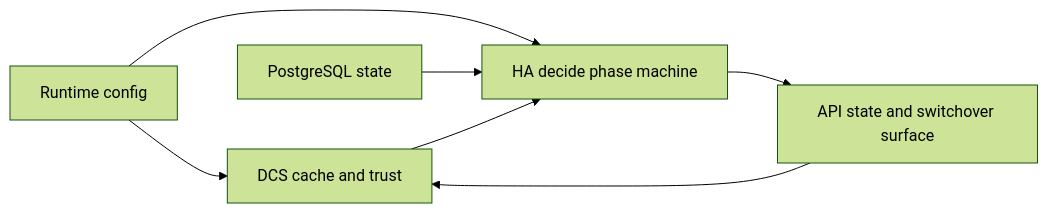
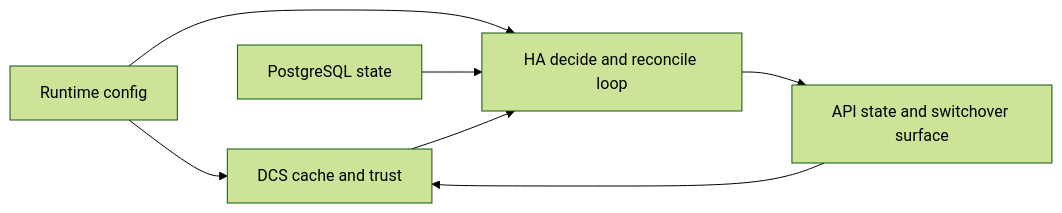
One commit to djosh34/pgtuskmaster_rust changed the first of 3 diagrams in docs/src/explanation/architecture.md. Above: the diagram before and after it, drawn with Mermaid (forest theme). The commit also changed other lines of this file and 75 other files, not shown here.

````diff
--- a/docs/src/explanation/architecture.md
+++ b/docs/src/explanation/architecture.md
@@ -13,15 +13,15 @@
 ```mermaid
 flowchart LR
     Config[Runtime config]
     DCS[DCS cache and trust]
     PG[PostgreSQL state]
-    HA[HA decide phase machine]
+    HA[HA decide and reconcile loop]
     API[API state and switchover surface]
 
     Config --> DCS
     Config --> HA
     PG --> HA
     DCS --> HA
     HA --> API
     API --> DCS
 ```
````
